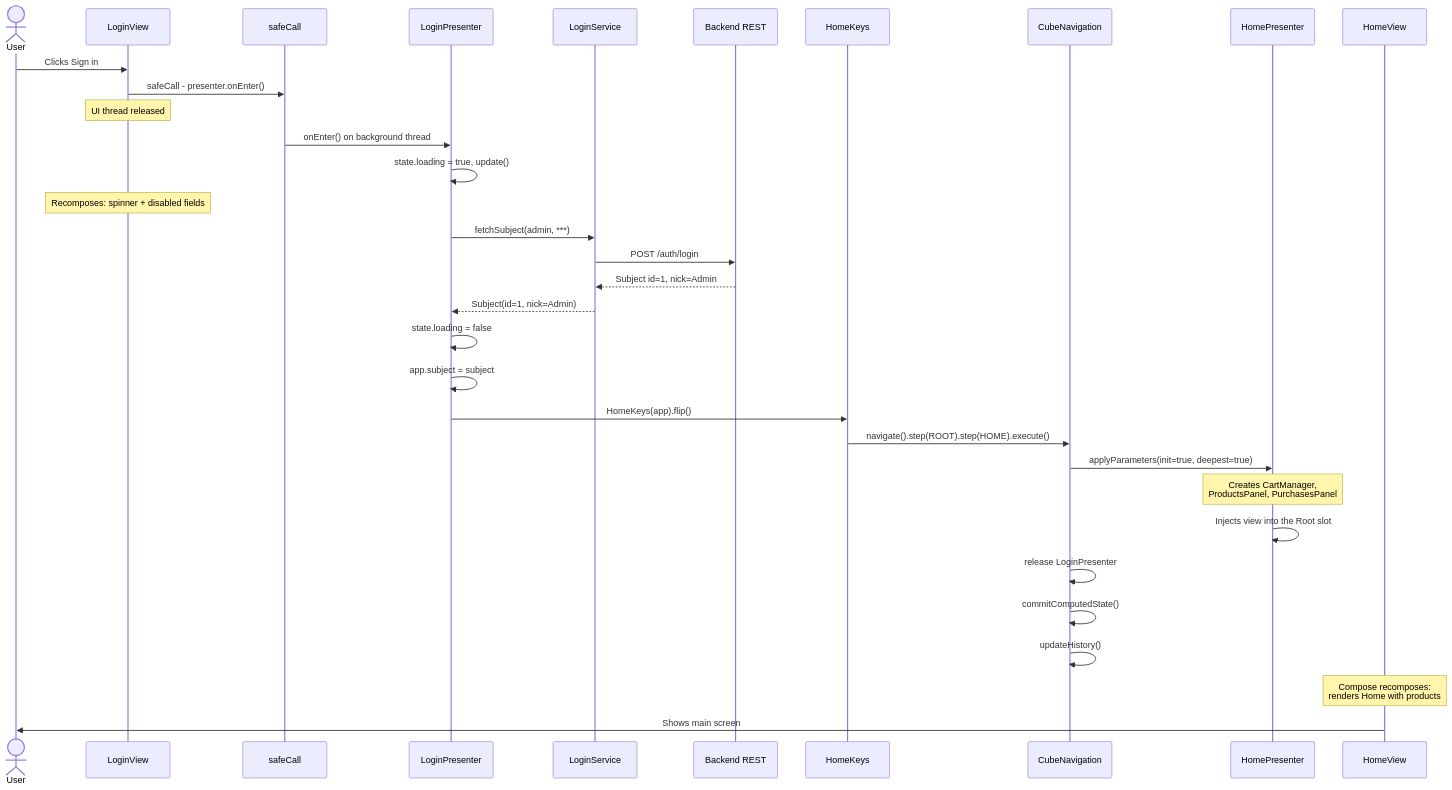
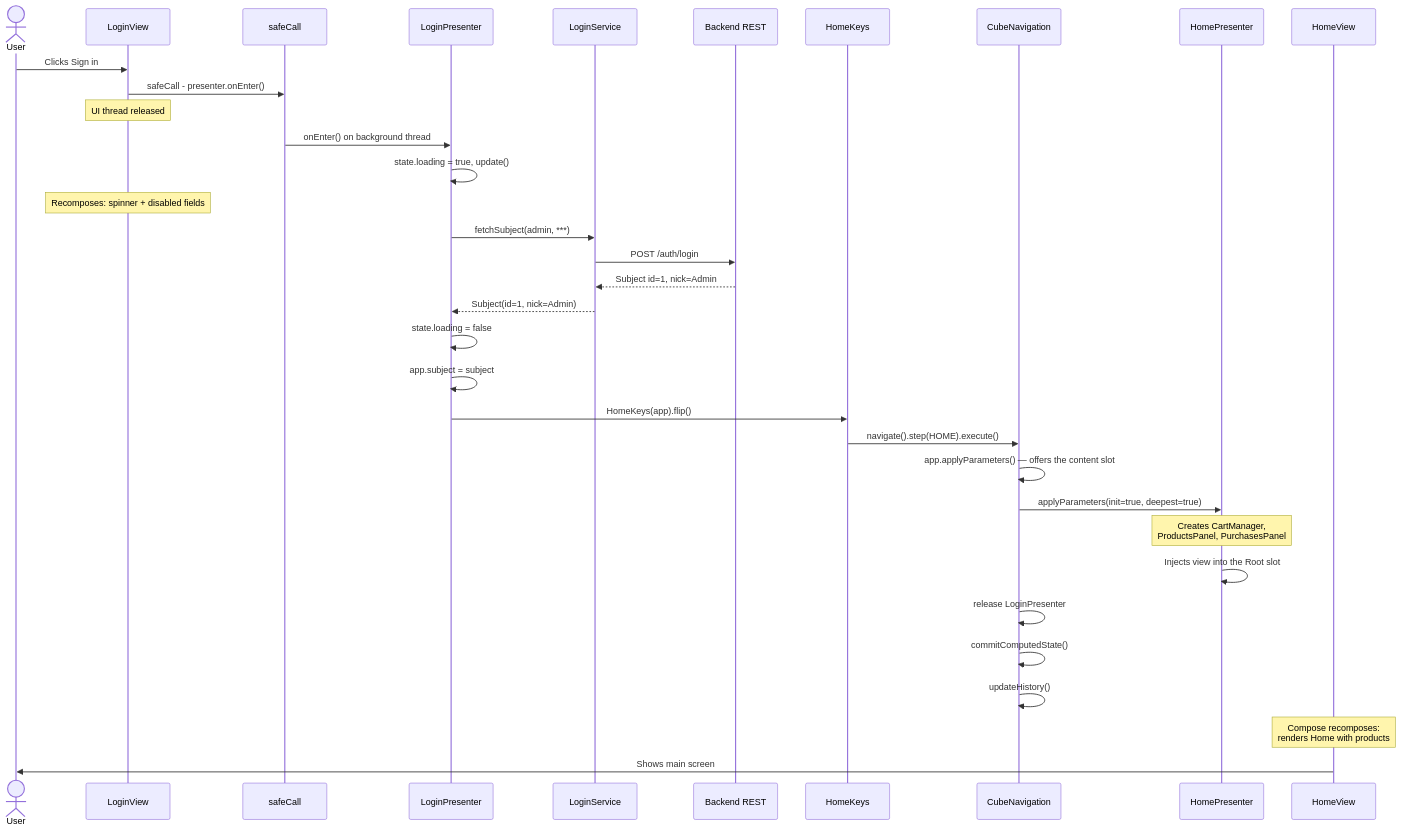
Before and after one commit to mrcdom/wdc-cube-kotlin: the tenth of 10 diagrams in docs/architecture.md, drawn with Mermaid. The commit also changed other lines of this file and 22 other files, not shown here.

````diff
--- a/docs/architecture.md
+++ b/docs/architecture.md
@@ -521,43 +522,44 @@
 ```mermaid
 sequenceDiagram
     actor User as User
     participant LV as LoginView
     participant SC as safeCall
     participant LP as LoginPresenter
     participant LS as LoginService
     participant API as Backend REST
     participant Keys as HomeKeys
     participant Nav as CubeNavigation
     participant HP as HomePresenter
     participant HV as HomeView
 
     User->>LV: Clicks Sign in
     LV->>SC: safeCall - presenter.onEnter()
     Note over LV: UI thread released
 
     SC->>LP: onEnter() on background thread
     LP->>LP: state.loading = true, update()
     Note over LV: Recomposes: spinner + disabled fields
 
     LP->>LS: fetchSubject(admin, ***)
     LS->>API: POST /auth/login
     API-->>LS: Subject id=1, nick=Admin
     LS-->>LP: Subject(id=1, nick=Admin)
 
     LP->>LP: state.loading = false
     LP->>LP: app.subject = subject
 
     LP->>Keys: HomeKeys(app).flip()
-    Keys->>Nav: navigate().step(ROOT).step(HOME).execute()
+    Keys->>Nav: navigate().step(HOME).execute()
 
+    Nav->>Nav: app.applyParameters() — offers the content slot
     Nav->>HP: applyParameters(init=true, deepest=true)
     Note over HP: Creates CartManager,<br/>ProductsPanel, PurchasesPanel
     HP->>HP: Injects view into the Root slot
 
     Nav->>Nav: release LoginPresenter
     Nav->>Nav: commitComputedState()
     Nav->>Nav: updateHistory()
 
     Note over HV: Compose recomposes:<br/>renders Home with products
     HV->>User: Shows main screen
 ```
````
